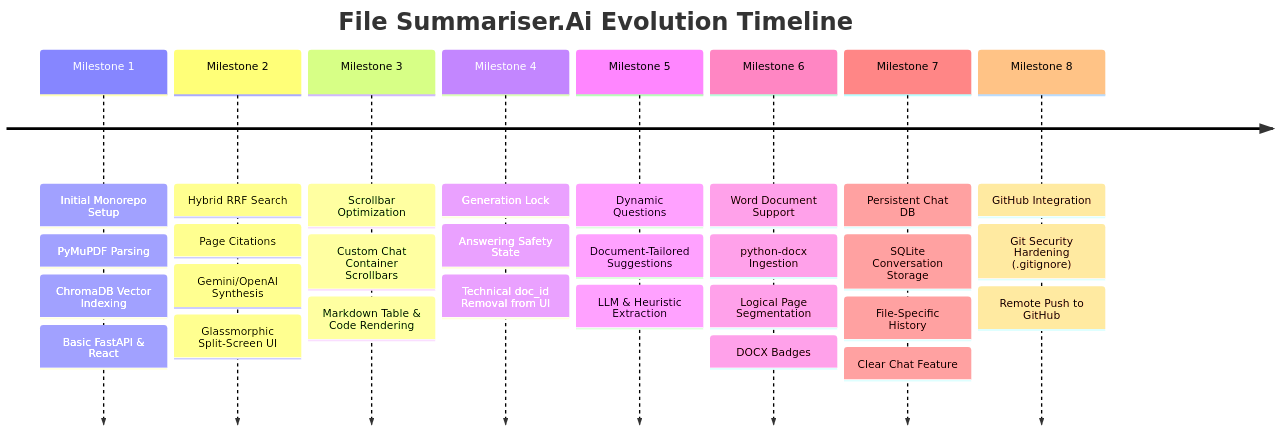
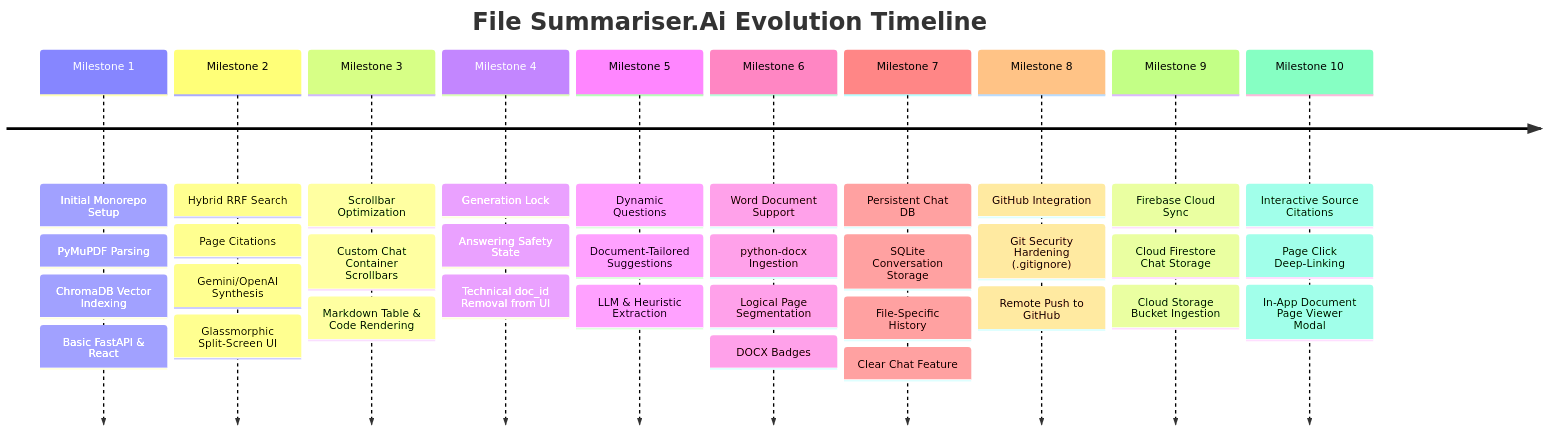
The diagram in PROJECT_CHANGELOG.md (Nandu707/File-Summariser.Ai), drawn with Mermaid before and after one commit. The commit also changed other lines of this file and 7 other files, not shown here.

Commit message:
feat: open document page on source page number click with in-app viewer modal

````diff
--- a/PROJECT_CHANGELOG.md
+++ b/PROJECT_CHANGELOG.md
@@ -9,12 +9,14 @@
 ```mermaid
 timeline
     title File Summariser.Ai Evolution Timeline
     Milestone 1 : Initial Monorepo Setup : PyMuPDF Parsing : ChromaDB Vector Indexing : Basic FastAPI & React
     Milestone 2 : Hybrid RRF Search : Page Citations : Gemini/OpenAI Synthesis : Glassmorphic Split-Screen UI
     Milestone 3 : Scrollbar Optimization : Custom Chat Container Scrollbars : Markdown Table & Code Rendering
     Milestone 4 : Generation Lock : Answering Safety State : Technical doc_id Removal from UI
     Milestone 5 : Dynamic Questions : Document-Tailored Suggestions : LLM & Heuristic Extraction
     Milestone 6 : Word Document Support : python-docx Ingestion : Logical Page Segmentation : DOCX Badges
     Milestone 7 : Persistent Chat DB : SQLite Conversation Storage : File-Specific History : Clear Chat Feature
     Milestone 8 : GitHub Integration : Git Security Hardening (.gitignore) : Remote Push to GitHub
+    Milestone 9 : Firebase Cloud Sync : Cloud Firestore Chat Storage : Cloud Storage Bucket Ingestion
+    Milestone 10 : Interactive Source Citations : Page Click Deep-Linking : In-App Document Page Viewer Modal
 ```
````
